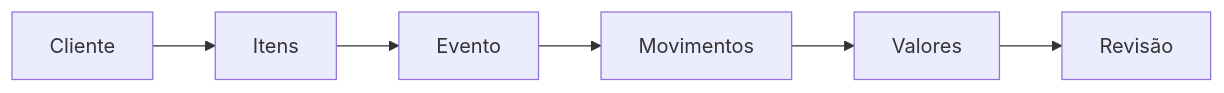
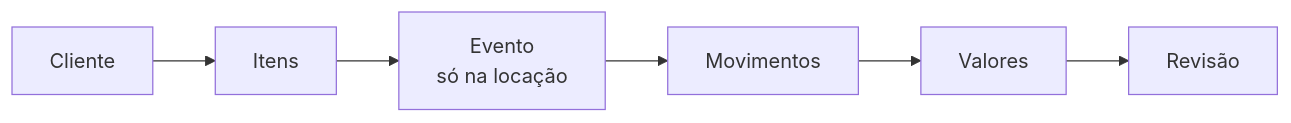
Before and after one commit to LocFlowTeam/locflow-docs: the diagram in orcamentos/criando-um-orcamento.md, drawn with Mermaid. The commit also changed other lines of this file and 6 other files, not shown here.

````diff
--- a/orcamentos/criando-um-orcamento.md
+++ b/orcamentos/criando-um-orcamento.md
@@ -42,8 +67,8 @@
 ```mermaid
 flowchart LR
     A[Cliente] --> B[Itens]
-    B --> C[Evento]
+    B --> C[Evento<br/>só na locação]
     C --> D[Movimentos]
     D --> E[Valores]
     E --> F[Revisão]
 ```
````
